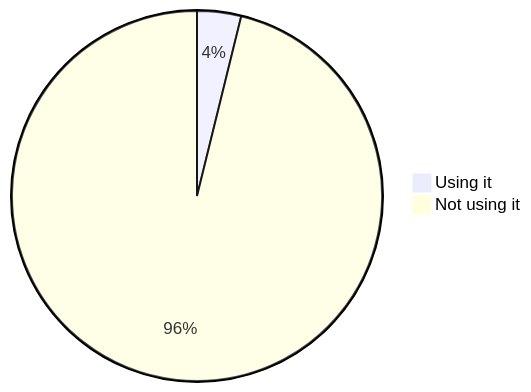
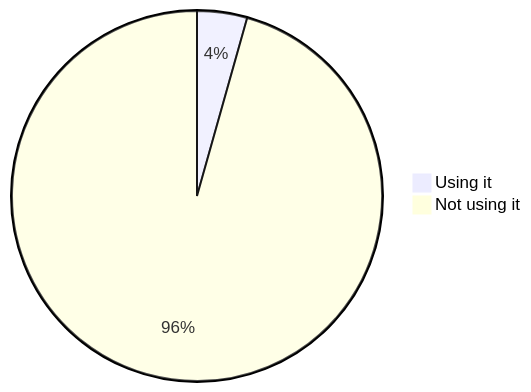
Before and after one commit to oshp/oshp-stats: the eighth of 22 diagrams in stats.md, drawn with Mermaid. The commit also changed other lines of this file, not shown here.

````diff
--- a/stats.md
+++ b/stats.md
@@ -94,6 +94,6 @@
 ```mermaid
 pie
-	"Using it" : 3.84
-	"Not using it" : 96.16
+	"Using it" : 4.37
+	"Not using it" : 95.63
 
 ```
````
